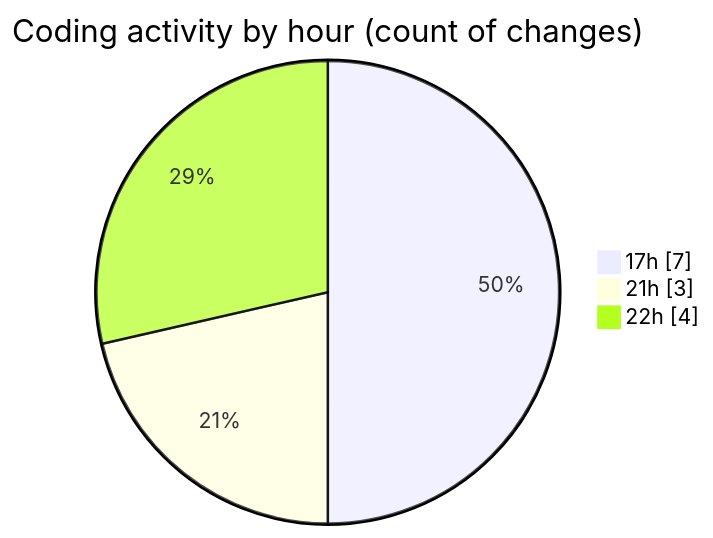
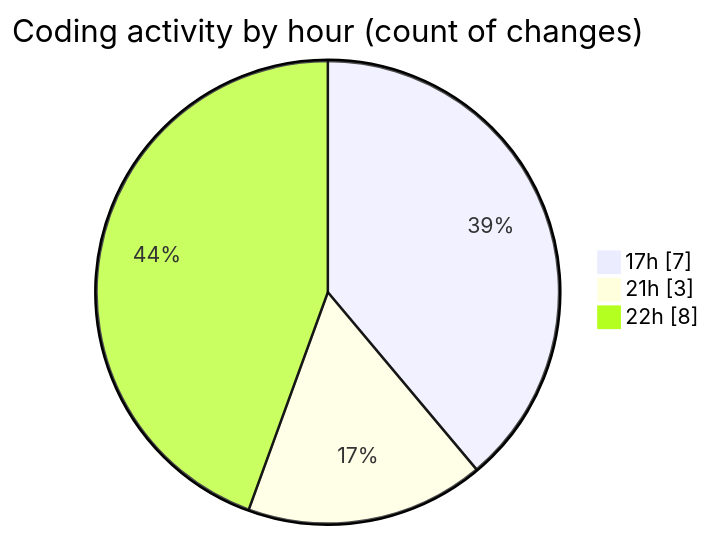
The second of 2 diagrams in 2025-09-12/datanv/README.md (lephambinh05/code-tracking), drawn with Mermaid before and after one commit. The commit also changed other lines of this file and 1 other file, not shown here.

````diff
--- a/2025-09-12/datanv/README.md
+++ b/2025-09-12/datanv/README.md
@@ -33,7 +33,7 @@
 ```mermaid
 pie showData
 title Coding activity by hour (count of changes)
 "17h" : 7
 "21h" : 3
-"22h" : 4
+"22h" : 8
 ```
````
